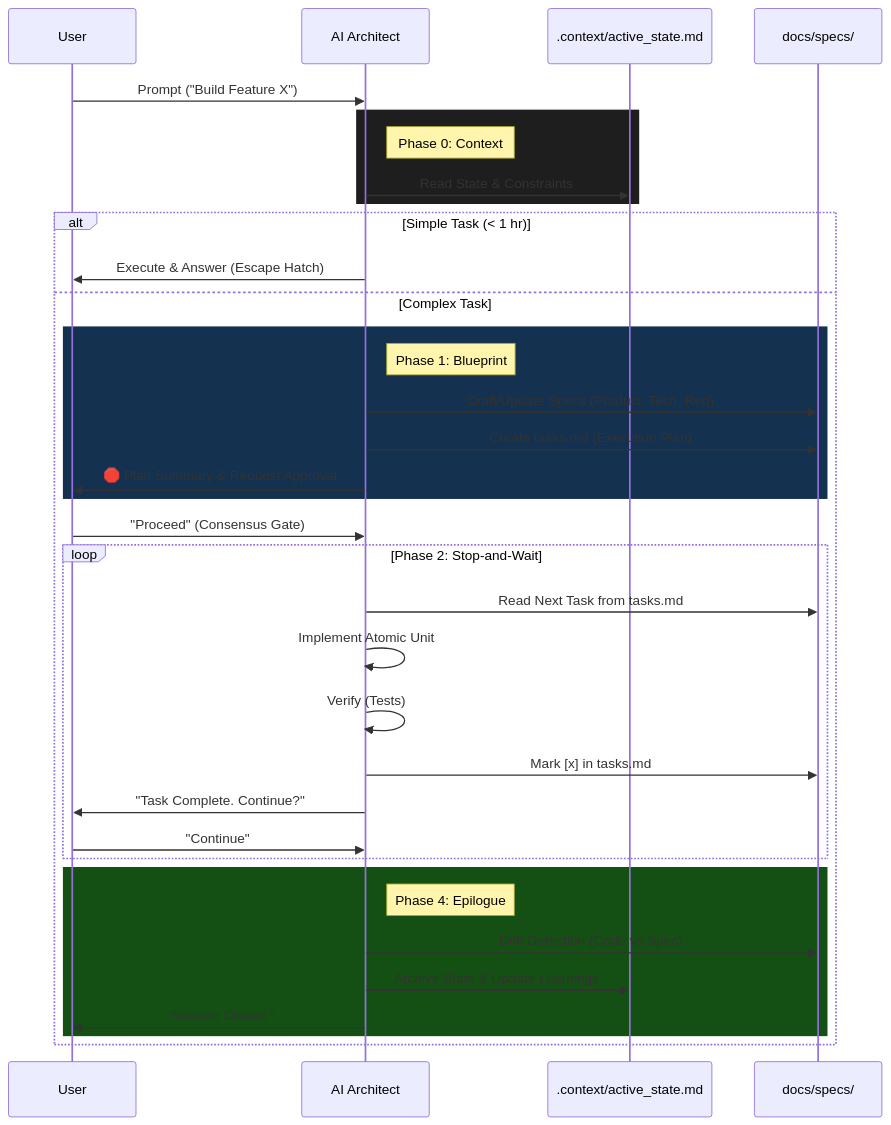
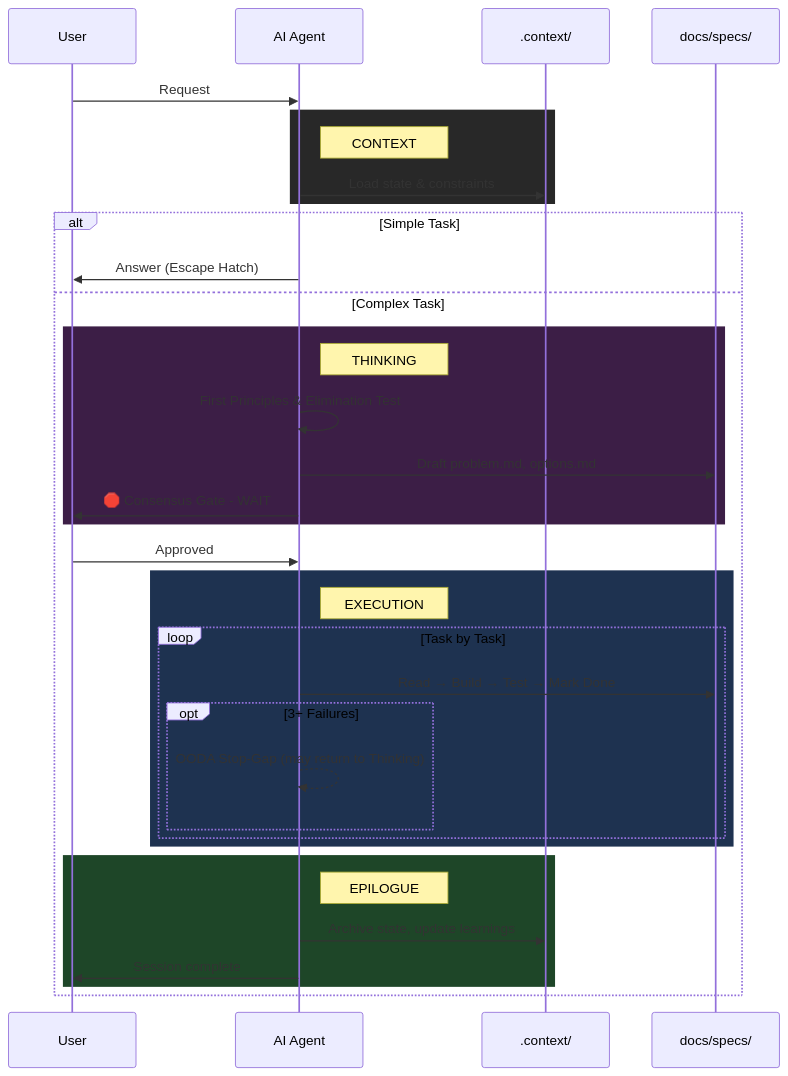
One commit to Skeptomenos/Anamnesis changed the diagram in README.md. Above: the diagram before and after it, drawn with Mermaid. The commit also changed other lines of this file, not shown here.

Commit message:
docs(readme): update diagram and workflow for v4 Thinking/Execution model
- Replace Mermaid diagram with simplified v4 flow
  - CONTEXT → THINKING → EXECUTION → EPILOGUE stages
  - Show Elimination Test, Consensus Gate, OODA Stop-Gap
  - Color-coded boxes for visual clarity
- Update 'The Workflow You Will See' section
  - Merged Spec Loop into Thinking phase
  - Reduced from 6 to 5 steps
- Update root file size reference (100 → 70 lines)
- Remove obsolete CLI config reference from Pro-Tips

````diff
--- a/README.md
+++ b/README.md
@@ -64,43 +63,43 @@
 ```mermaid
 sequenceDiagram
     participant User
-    participant AI as AI Architect
-    participant State as .context/active_state.md
+    participant AI as AI Agent
+    participant Context as .context/
     participant Specs as docs/specs/
 
-    User->>AI: Prompt ("Build Feature X")
-    
-    rect rgb(30, 30, 30)
-    Note right of AI: Phase 0: Context
-    AI->>State: Read State & Constraints
+    User->>AI: Request
+
+    rect rgb(40, 40, 40)
+    Note right of AI: CONTEXT
+    AI->>Context: Load state & constraints
     end
 
-    alt Simple Task (< 1 hr)
-        AI->>User: Execute & Answer (Escape Hatch)
+    alt Simple Task
+        AI->>User: Answer (Escape Hatch)
     else Complex Task
-        rect rgb(20, 50, 80)
-        Note right of AI: Phase 1: Blueprint
-        AI->>Specs: Draft/Update Specs (Product, Tech, Req)
-        AI->>Specs: Create tasks.md (Execution Plan)
-        AI->>User: 🛑 Plan Summary & Request Approval
+        rect rgb(60, 30, 70)
+        Note right of AI: THINKING
+        AI->>AI: First Principles & Elimination Test
+        AI->>Specs: Draft problem.md, options.md
+        AI->>User: 🛑 Consensus Gate - WAIT
         end
         
-        User->>AI: "Proceed" (Consensus Gate)
+        User->>AI: Approved
 
-        loop Phase 2: Stop-and-Wait
-            AI->>Specs: Read Next Task from tasks.md
-            AI->>AI: Implement Atomic Unit
-            AI->>AI: Verify (Tests)
-            AI->>Specs: Mark [x] in tasks.md
-            AI->>User: "Task Complete. Continue?"
-            User->>AI: "Continue"
+        rect rgb(30, 50, 80)
+        Note right of AI: EXECUTION
+        loop Task by Task
+            AI->>Specs: Read → Build → Test → Mark Done
+            opt 3+ Failures
+                AI-->>AI: OODA Stop-Gap (may return to Thinking)
+            end
+        end
         end
 
-        rect rgb(20, 80, 20)
-        Note right of AI: Phase 4: Epilogue
-        AI->>Specs: Drift Detection (Code vs Spec)
-        AI->>State: Archive State & Update Learnings
-        AI->>User: "Session Closed."
+        rect rgb(30, 70, 40)
+        Note right of AI: EPILOGUE
+        AI->>Context: Archive state, update learnings
+        AI->>User: Session complete
         end
     end
 ```
````
